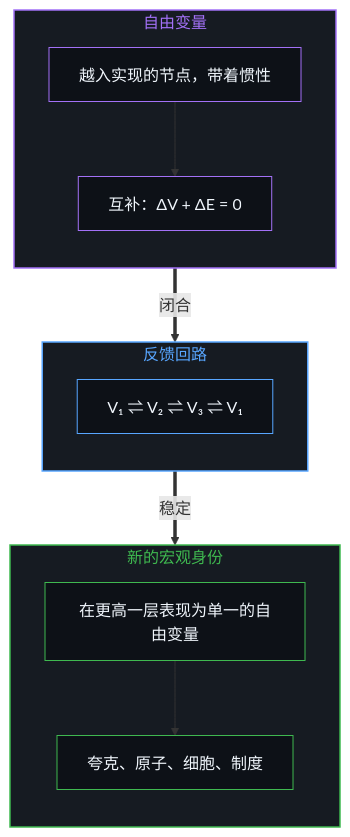
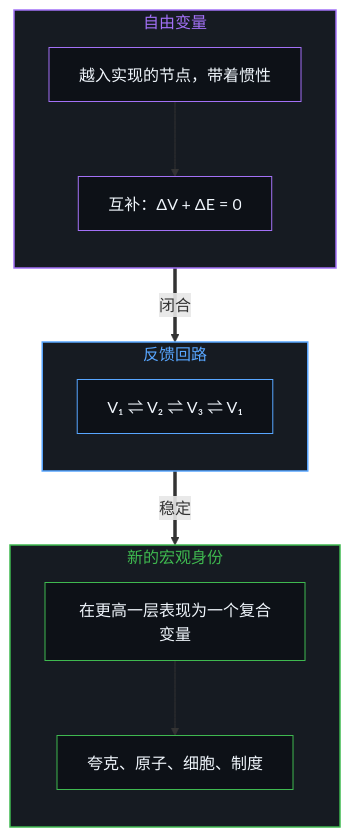
One commit to powerpig99/not-a-toe changed the first of 2 diagrams in content/posts/the-generative-topology-of-free-variables.md. Above: the diagram before and after it, drawn with Mermaid. The commit also changed other lines of this file and 5 other files, not shown here.

````diff
--- a/content/posts/the-generative-topology-of-free-variables.md
+++ b/content/posts/the-generative-topology-of-free-variables.md
@@ -47,29 +47,29 @@
 ```mermaid
 flowchart TD
     subgraph S_Var["自由变量"]
         direction TB
         V1["越入实现的节点，带着惯性"]
         V2["互补：ΔV + ΔE = 0"]
     end
     subgraph S_Loop["反馈回路"]
         direction TB
         L1["V₁ ⇌ V₂ ⇌ V₃ ⇌ V₁"]
     end
     subgraph S_Macro["新的宏观身份"]
         direction TB
-        M1["在更高一层表现为单一的自由变量"]
+        M1["在更高一层表现为一个复合变量"]
         M2["夸克、原子、细胞、制度"]
     end
     V1 --> V2
     V2 ==>|"闭合"| L1
     L1 ==>|"稳定"| M1
     M1 --> M2
     style S_Var fill:#161b22,stroke:#a371f7,stroke-width:1.5px,color:#a371f7
     style S_Loop fill:#161b22,stroke:#58a6ff,stroke-width:1.5px,color:#58a6ff
     style S_Macro fill:#161b22,stroke:#3fb950,stroke-width:1.5px,color:#3fb950
     style V1 fill:#0d1117,stroke:#a371f7,stroke-width:1px,color:#f0f6fc
     style V2 fill:#0d1117,stroke:#a371f7,stroke-width:1px,color:#f0f6fc
     style L1 fill:#0d1117,stroke:#58a6ff,stroke-width:1px,color:#f0f6fc
     style M1 fill:#0d1117,stroke:#3fb950,stroke-width:1px,color:#f0f6fc
     style M2 fill:#0d1117,stroke:#3fb950,stroke-width:1px,color:#f0f6fc
 ```
````
